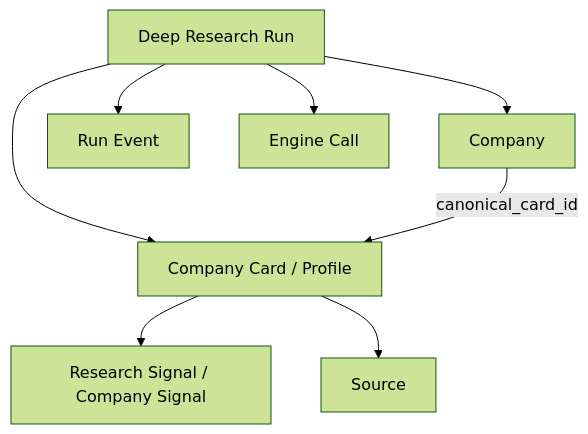
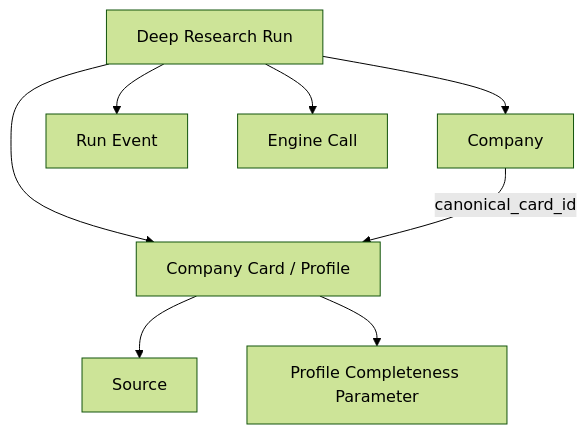
The fourth of 6 diagrams in docs/phase-1/P1-03.md (Growth-Maschine/NORAD-INTEL-ENGINE-V1), drawn with Mermaid (forest theme) before and after one commit. The commit also changed other lines of this file and 14 other files, not shown here.

````diff
--- a/docs/phase-1/P1-03.md
+++ b/docs/phase-1/P1-03.md
@@ -237,18 +236,18 @@
 ```mermaid
 flowchart TD
     DRR[Deep Research Run]
     CO[Company]
     CC[Company Card / Profile]
-    RS[Research Signal / Company Signal]
+    CPP[Profile Completeness Parameter]
     SO[Source]
     RE[Run Event]
     EC[Engine Call]
 
     DRR --> CO
     DRR --> CC
-    CC --> RS
     CC --> SO
+    CC --> CPP
     DRR --> RE
     DRR --> EC
     CO -->|canonical_card_id| CC
 ```
````
